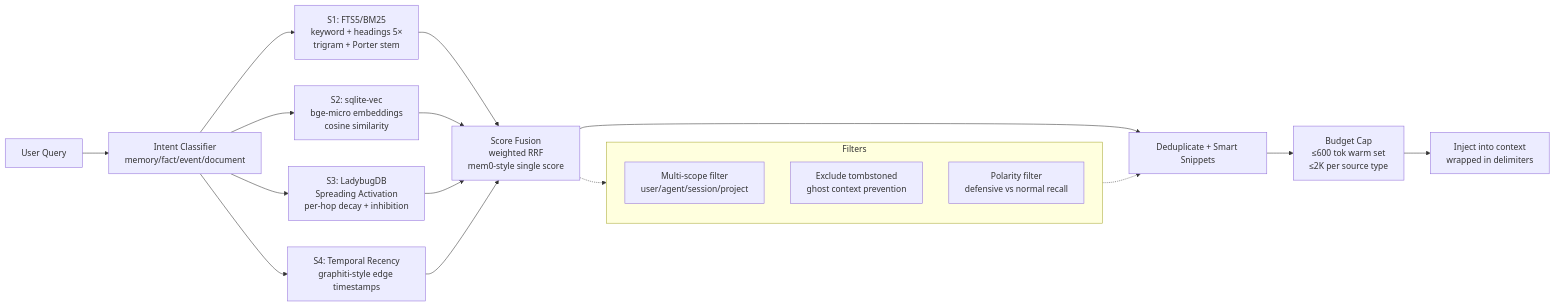
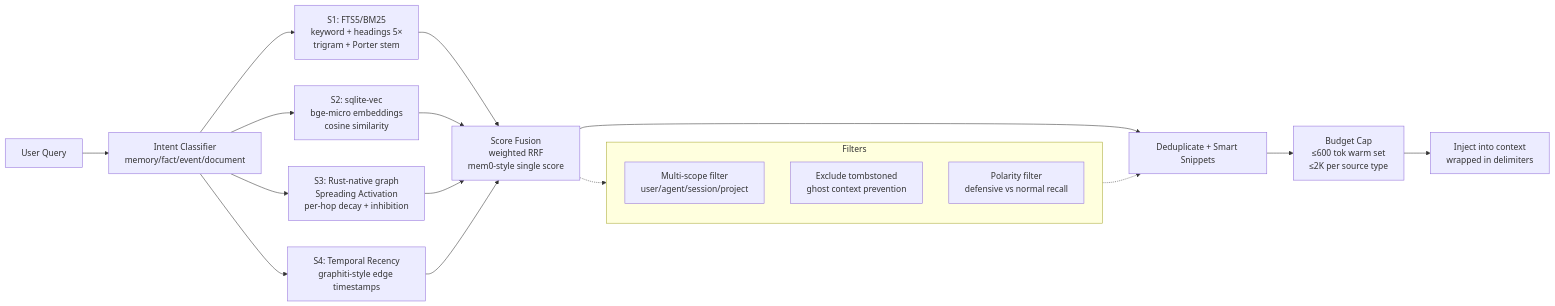
Before and after one commit to sarv-projects/EveryAIOS: the fourth of 24 diagrams in ARCH/DIAGRAMS.md, drawn with Mermaid. The commit also changed other lines of this file and 5 other files, not shown here.

First line of the commit message:
Final consistency pass: sync ARCH/DIAGRAMS/01/08/09 + UI-DESIGN-PROMPT

````diff
--- a/ARCH/DIAGRAMS.md
+++ b/ARCH/DIAGRAMS.md
@@ -169,26 +169,26 @@
 ```mermaid
 flowchart LR
     Q[User Query] --> IC[Intent Classifier<br/>memory/fact/event/document]
     IC --> S1[S1: FTS5/BM25<br/>keyword + headings 5×<br/>trigram + Porter stem]
     IC --> S2[S2: sqlite-vec<br/>bge-micro embeddings<br/>cosine similarity]
-    IC --> S3[S3: LadybugDB<br/>Spreading Activation<br/>per-hop decay + inhibition]
+    IC --> S3[S3: Rust-native graph<br/>Spreading Activation<br/>per-hop decay + inhibition]
     IC --> S4[S4: Temporal Recency<br/>graphiti-style edge timestamps]
     
     S1 --> Fuse[Score Fusion<br/>weighted RRF<br/>mem0-style single score]
     S2 --> Fuse
     S3 --> Fuse
     S4 --> Fuse
     
     Fuse --> Dedup[Deduplicate + Smart Snippets]
     Dedup --> Budget[Budget Cap<br/>≤600 tok warm set<br/>≤2K per source type]
     Budget --> Inject[Inject into context<br/>wrapped in delimiters]
     
     subgraph Filters
         Scope[Multi-scope filter<br/>user/agent/session/project]
         Tombstone[Exclude tombstoned<br/>ghost context prevention]
         Polarity[Polarity filter<br/>defensive vs normal recall]
     end
     
     Fuse -.-> Filters
     Filters -.-> Dedup
 ```
````
